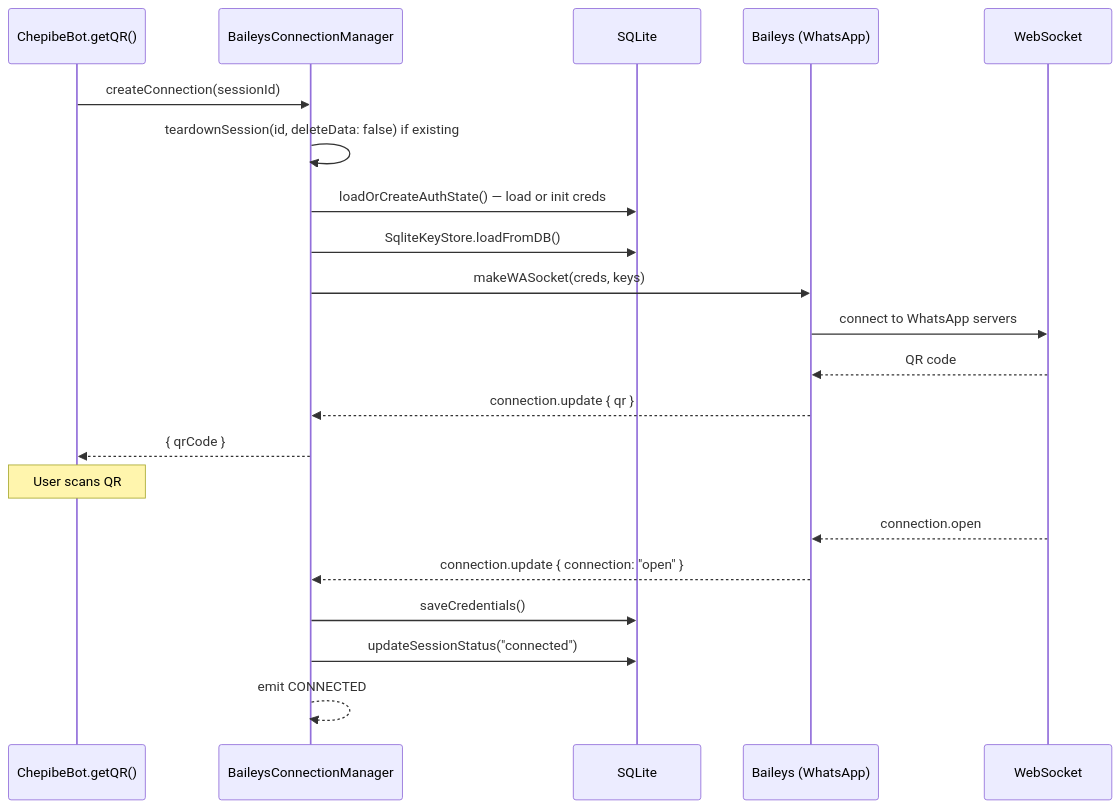
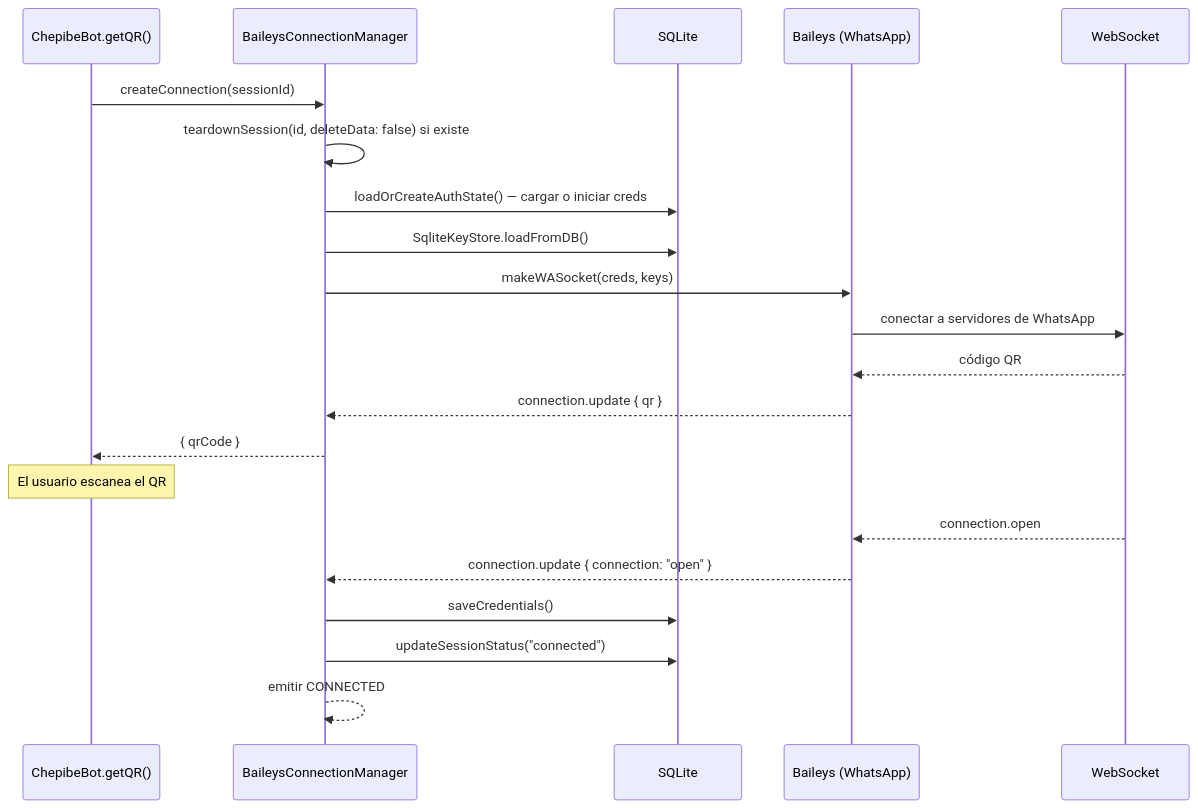
Before and after one commit to Fibra-Labs/chepibe-personal: the third of 9 diagrams in docs/whatsapp-session-lifecycle.md, drawn with Mermaid. The commit also changed other lines of this file and 8 other files, not shown here.

````diff
--- a/docs/whatsapp-session-lifecycle.md
+++ b/docs/whatsapp-session-lifecycle.md
@@ -82,24 +82,24 @@
 ```mermaid
 sequenceDiagram
     participant BOT as ChepibeBot.getQR()
     participant MGR as BaileysConnectionManager
     participant DB as SQLite
     participant BA as Baileys (WhatsApp)
     participant WS as WebSocket
 
     BOT->>MGR: createConnection(sessionId)
-    MGR->>MGR: teardownSession(id, deleteData: false) if existing
-    MGR->>DB: loadOrCreateAuthState() — load or init creds
+    MGR->>MGR: teardownSession(id, deleteData: false) si existe
+    MGR->>DB: loadOrCreateAuthState() — cargar o iniciar creds
     MGR->>DB: SqliteKeyStore.loadFromDB()
     MGR->>BA: makeWASocket(creds, keys)
-    BA->>WS: connect to WhatsApp servers
-    WS-->>BA: QR code
+    BA->>WS: conectar a servidores de WhatsApp
+    WS-->>BA: código QR
     BA-->>MGR: connection.update { qr }
     MGR-->>BOT: { qrCode }
-    Note over BOT: User scans QR
+    Note over BOT: El usuario escanea el QR
     WS-->>BA: connection.open
     BA-->>MGR: connection.update { connection: "open" }
     MGR->>DB: saveCredentials()
     MGR->>DB: updateSessionStatus("connected")
-    MGR-->>MGR: emit CONNECTED
+    MGR-->>MGR: emitir CONNECTED
 ```
````
